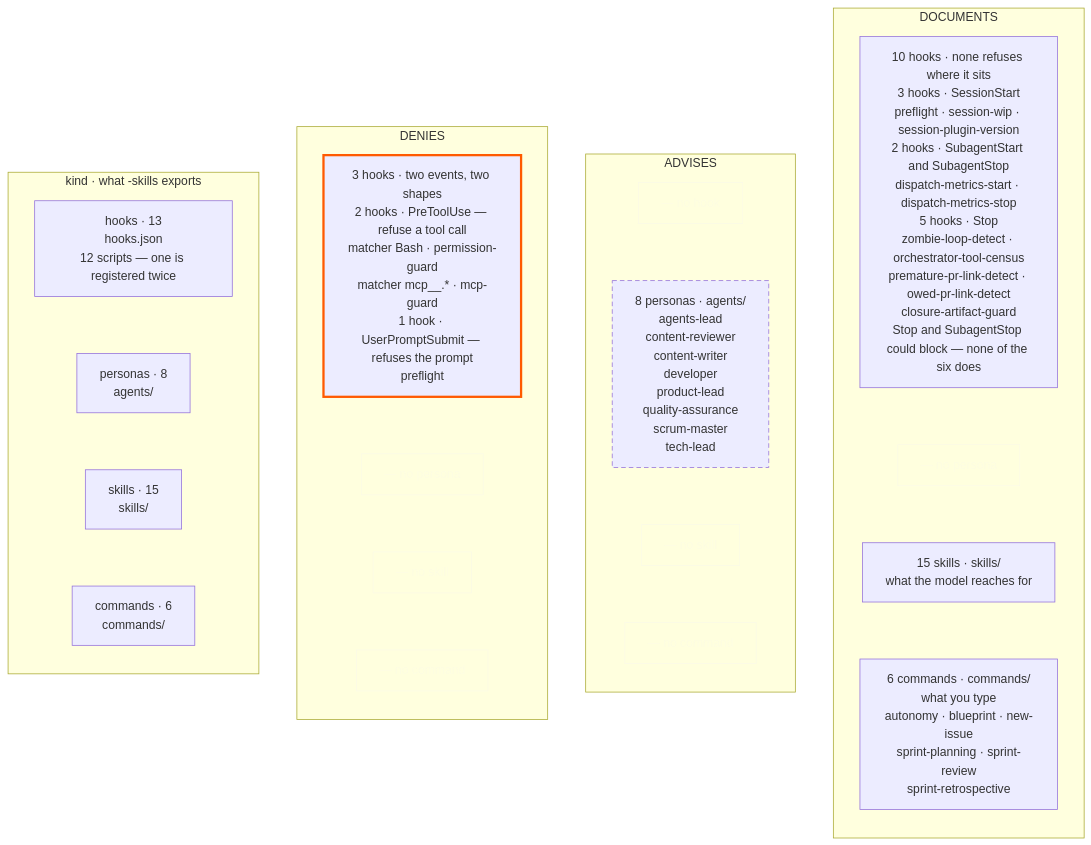
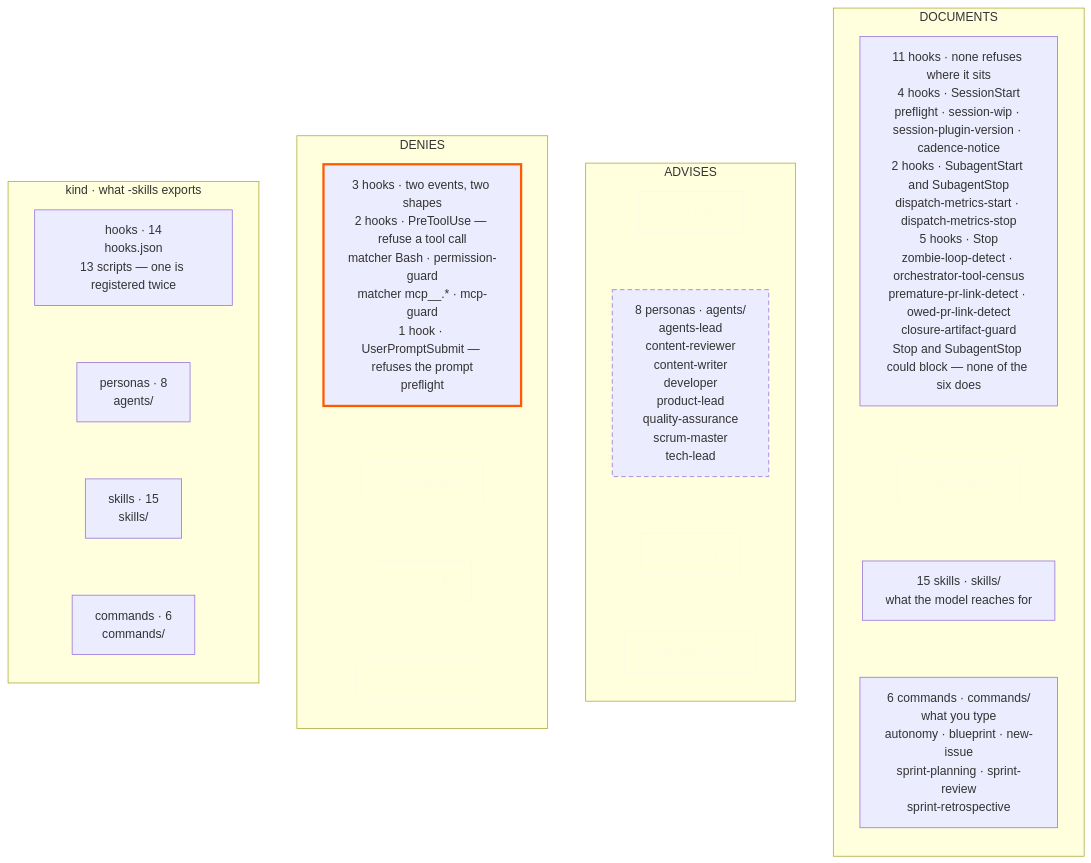
The third of 3 diagrams in apps/fed/src/content/architecture.en.md (tedeuxx/tadeumendonca-io), drawn with Mermaid before and after one commit. The commit also changed other lines of this file and 4 other files, not shown here.

````diff
--- a/apps/fed/src/content/architecture.en.md
+++ b/apps/fed/src/content/architecture.en.md
@@ -189,49 +189,49 @@
 ```mermaid
 flowchart LR
   accTitle: What the harness is made of
-  accDescr: The claim comes first, because the claim is what the grid is for. Of everything the plugin exports, exactly one kind can REFUSE — a hook — and only on two of the six events it registers on. Personas ADVISE, and skills and commands only DOCUMENT. Four kinds against three classes of force is twelve cells; five hold something and seven are empty, and the seven empty ones are the argument. Now the inventory the claim is read off. The lanes are the 13 hook registrations in hooks.json, written by 12 scripts because preflight is registered twice; the 8 personas in the agents directory; the 15 skills in the skills directory; and the 6 commands in the commands directory. The deny column holds one cell, and it holds 3 registrations across two events of different shapes: permission-guard on the matcher Bash and mcp-guard on the matcher for MCP tools, both on PreToolUse, which refuse a tool call before it runs; and preflight on UserPromptSubmit, which refuses the prompt itself, before the turn starts. Persona, skill and command have no cell there at all. The middle column holds one cell too: the 8 personas — agents-lead, content-reviewer, content-writer, developer, product-lead, quality-assurance, scrum-master and tech-lead — which ADVISE, and that is a claim about their judgement rather than about their seat, because a lens nobody dispatches fails silently. The third column, the one whose components only DOCUMENT, holds three cells: the 15 skills, which is what the model reaches for on its own; the 6 commands, which is what a person types; and the other 10 hook registrations — 3 on SessionStart, 2 on SubagentStart and SubagentStop, and 5 on Stop. Read the two columns together and preflight appears in both, because it is registered twice with a different class on each event, and that is the drawing being derived rather than drawn: nobody authoring by hand would draw one script in two columns of the same grid.
+  accDescr: The claim comes first, because the claim is what the grid is for. Of everything the plugin exports, exactly one kind can REFUSE — a hook — and only on two of the six events it registers on. Personas ADVISE, and skills and commands only DOCUMENT. Four kinds against three classes of force is twelve cells; five hold something and seven are empty, and the seven empty ones are the argument. Now the inventory the claim is read off. The lanes are the 14 hook registrations in hooks.json, written by 13 scripts because preflight is registered twice; the 8 personas in the agents directory; the 15 skills in the skills directory; and the 6 commands in the commands directory. The deny column holds one cell, and it holds 3 registrations across two events of different shapes: permission-guard on the matcher Bash and mcp-guard on the matcher for MCP tools, both on PreToolUse, which refuse a tool call before it runs; and preflight on UserPromptSubmit, which refuses the prompt itself, before the turn starts. Persona, skill and command have no cell there at all. The middle column holds one cell too: the 8 personas — agents-lead, content-reviewer, content-writer, developer, product-lead, quality-assurance, scrum-master and tech-lead — which ADVISE, and that is a claim about their judgement rather than about their seat, because a lens nobody dispatches fails silently. The third column, the one whose components only DOCUMENT, holds three cells: the 15 skills, which is what the model reaches for on its own; the 6 commands, which is what a person types; and the other 11 hook registrations — 4 on SessionStart, 2 on SubagentStart and SubagentStop, and 5 on Stop. Read the two columns together and preflight appears in both, because it is registered twice with a different class on each event, and that is the drawing being derived rather than drawn: nobody authoring by hand would draw one script in two columns of the same grid.
   subgraph LANE["kind · what -skills exports"]
     direction TB
-    LH["hooks · 13<br/>hooks.json<br/>12 scripts — one is registered twice"]
+    LH["hooks · 14<br/>hooks.json<br/>13 scripts — one is registered twice"]
     LP["personas · 8<br/>agents/"]
     LS["skills · 15<br/>skills/"]
     LC["commands · 6<br/>commands/"]
     LH ~~~ LP ~~~ LS ~~~ LC
   end
   subgraph COLD["DENIES"]
     direction TB
     HKD["3 hooks · two events, two shapes<br/>2 hooks · PreToolUse — refuse a tool call<br/>matcher Bash · permission-guard<br/>matcher mcp__.* · mcp-guard<br/>1 hook · UserPromptSubmit — refuses the prompt<br/>preflight"]
     PSD["— no persona"]
     SKD["— no skill"]
     CMD["— no command"]
     HKD ~~~ PSD ~~~ SKD ~~~ CMD
   end
   subgraph COLA["ADVISES"]
     direction TB
     HKA["— no hook"]
     PS["8 personas · agents/<br/>agents-lead<br/>content-reviewer<br/>content-writer<br/>developer<br/>product-lead<br/>quality-assurance<br/>scrum-master<br/>tech-lead"]
     SKA["— no skill"]
     CMA["— no command"]
     HKA ~~~ PS ~~~ SKA ~~~ CMA
   end
   subgraph COLO["DOCUMENTS"]
     direction TB
-    HKR["10 hooks · none refuses where it sits<br/>3 hooks · SessionStart<br/>preflight · session-wip · session-plugin-version<br/>2 hooks · SubagentStart and SubagentStop<br/>dispatch-metrics-start · dispatch-metrics-stop<br/>5 hooks · Stop<br/>zombie-loop-detect · orchestrator-tool-census<br/>premature-pr-link-detect · owed-pr-link-detect<br/>closure-artifact-guard<br/>Stop and SubagentStop could block — none of the six does"]
+    HKR["11 hooks · none refuses where it sits<br/>4 hooks · SessionStart<br/>preflight · session-wip · session-plugin-version · cadence-notice<br/>2 hooks · SubagentStart and SubagentStop<br/>dispatch-metrics-start · dispatch-metrics-stop<br/>5 hooks · Stop<br/>zombie-loop-detect · orchestrator-tool-census<br/>premature-pr-link-detect · owed-pr-link-detect<br/>closure-artifact-guard<br/>Stop and SubagentStop could block — none of the six does"]
     PSO["— no persona"]
     SK["15 skills · skills/<br/>what the model reaches for"]
     CM["6 commands · commands/<br/>what you type<br/>autonomy · blueprint · new-issue<br/>sprint-planning · sprint-review<br/>sprint-retrospective"]
     HKR ~~~ PSO ~~~ SK ~~~ CM
   end
   LANE ~~~ COLD ~~~ COLA ~~~ COLO
   classDef mechanism stroke:#FF5A00,stroke-width:3px
   classDef convention stroke-dasharray:6 4
   %% `empty` must never use #FF5A00 or a stroke-dasharray: the suite counts exactly one accented box
   %% (the mechanism) and exactly one dashed box (the convention) in the compiled SVG, and either token
   %% here would make seven empty cells claim a force they do not have. It must also stay inside ADR-0008's
   %% three colours — the first draft receded these cells with #555555/#888888 and the palette gate caught
   %% it in both editions. Opacity is how a cell recedes here; a fourth grey is not available.
   classDef empty fill:none,stroke:#F5F4EF,color:#F5F4EF,opacity:0.45
   class HKD mechanism
   class PS convention
   class PSD,SKD,CMD,HKA,SKA,CMA,PSO empty
 ```
````
